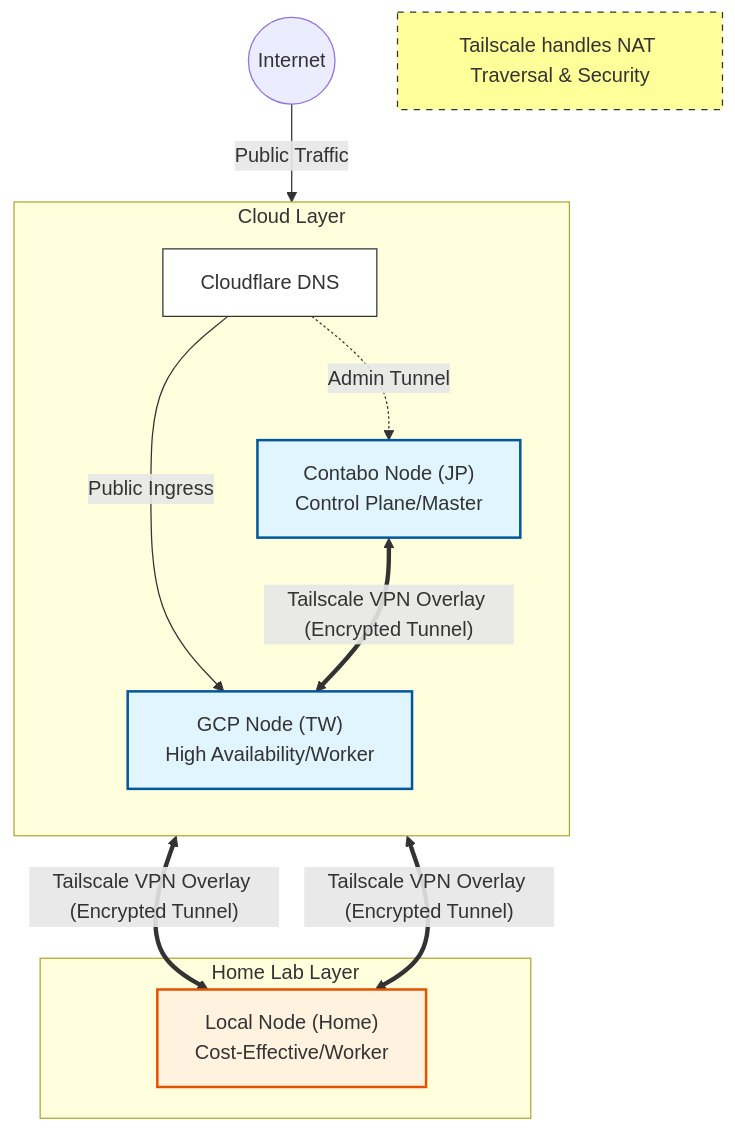
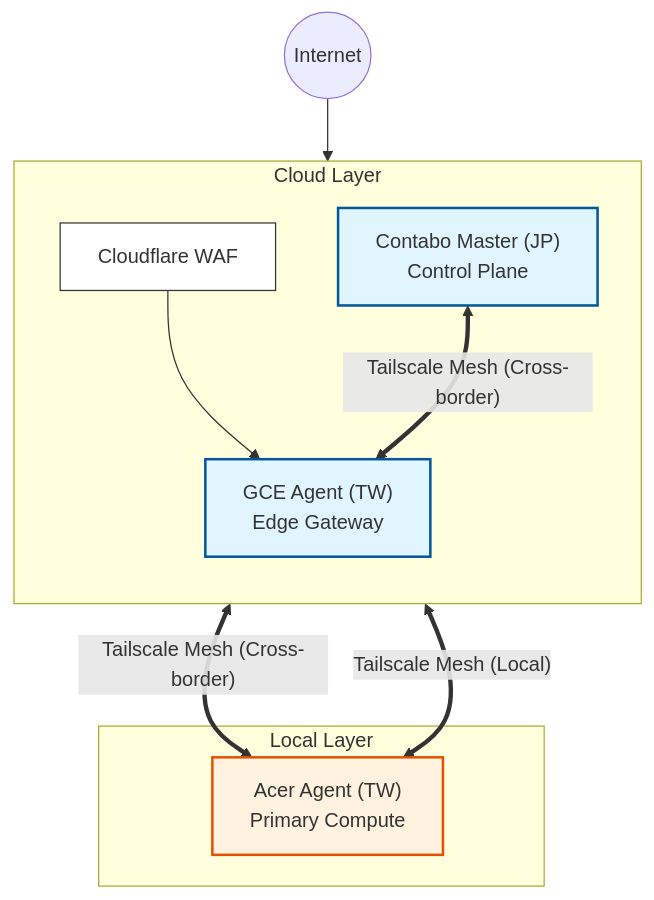
The diagram in docs/safechord.chorde.k3han.cluster.md (SafeChord/Docs), drawn with Mermaid before and after one commit. The commit also changed other lines of this file and 80 other files, not shown here.

First line of the commit message:
docs(v0.3.5): implement English-First SSOT and architectural refinement

````diff
--- a/docs/safechord.chorde.k3han.cluster.md
+++ b/docs/safechord.chorde.k3han.cluster.md
@@ -60,36 +53,26 @@
-```mermaid 
+```mermaid
 graph TB
-    %% 樣式定義
+    %% Styles
     classDef cloud fill:#e1f5fe,stroke:#01579b,stroke-width:2px;
     classDef home fill:#fff3e0,stroke:#e65100,stroke-width:2px;
     classDef component fill:#fff,stroke:#333,stroke-width:1px;
 
     Internet((Internet))
 
-    %% 雲端區域
     subgraph Cloud [Cloud Layer]
         direction TB
-        CF[Cloudflare DNS]:::component
-        GCP["GCP Node (TW)<br>High Availability/Worker "]:::cloud
-        Contabo["Contabo Node (JP)<br>Control Plane/Master"]:::cloud
+        CF[Cloudflare WAF]:::component
+        GCP["GCE Agent (TW)<br>Edge Gateway"]:::cloud
+        Contabo["Contabo Master (JP)<br>Control Plane"]:::cloud
     end
 
-    %% 家用區域
-    subgraph Home [Home Lab Layer]
-        Acer["Local Node (Home)<br>Cost-Effective/Worker"]:::home
+    subgraph Home [Local Layer]
+        Acer["Acer Agent (TW)<br>Primary Compute"]:::home
     end
 
-    %% 連線關係
-    Internet -->|Public Traffic| CF
-    CF -->|"Public Ingress"| GCP
-    CF -.->|"Admin Tunnel"| Contabo
-    
-    %% 重點：Tailscale Overlay
-    Contabo <==>|"Tailscale VPN Overlay (Encrypted Tunnel)"| GCP
-    Contabo <==>|"Tailscale VPN Overlay (Encrypted Tunnel)"| Acer
-    GCP <==>|"Tailscale VPN Overlay (Encrypted Tunnel)"| Acer
-
-    %% 註解
-    note[Tailscale handles NAT Traversal & Security]
-    style note fill:#ff9,stroke:#333,stroke-dasharray: 5 5
+    Internet --> CF
+    CF --> GCP
+    Contabo <==>|"Tailscale Mesh (Cross-border)"| GCP
+    Contabo <==>|"Tailscale Mesh (Cross-border)"| Acer
+    GCP <==>|"Tailscale Mesh (Local)"| Acer
 ```
````
